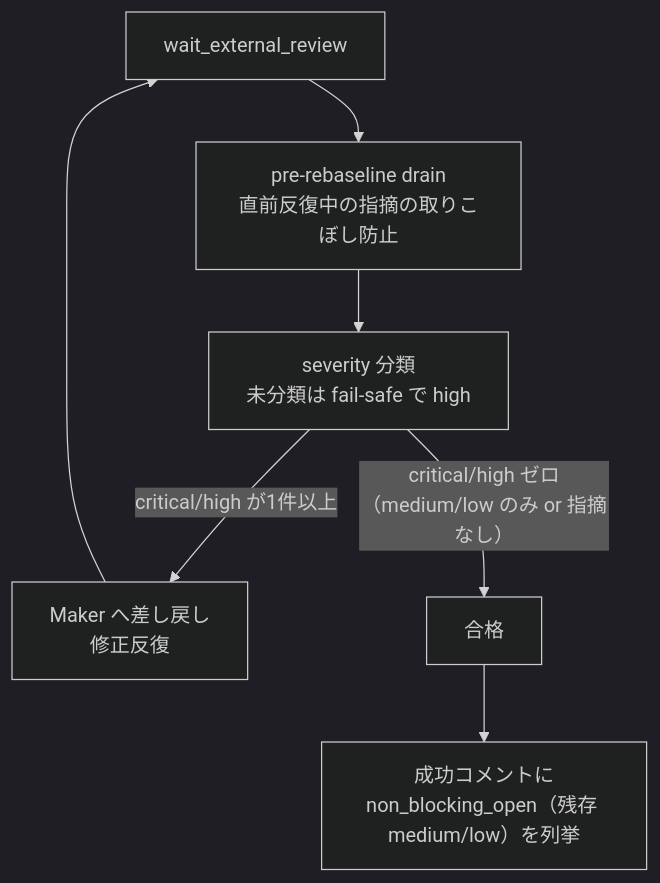
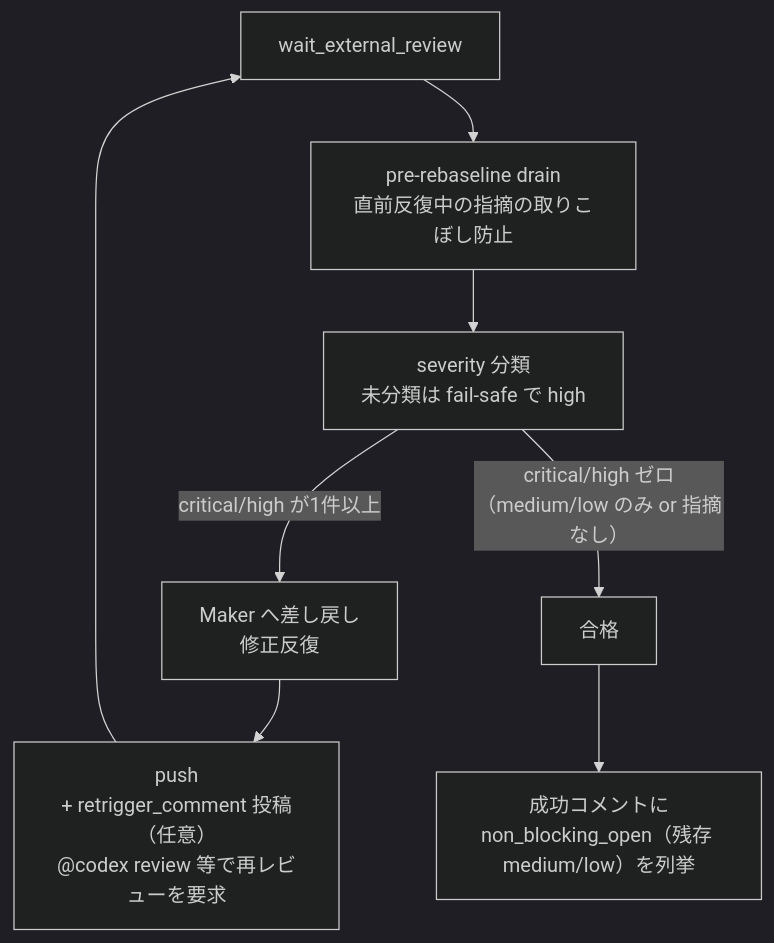
One commit to yoshihiko555/ai-orchestra changed the fourth of 5 diagrams in docs/guides/loop-harness.md. Above: the diagram before and after it, drawn with Mermaid (dark theme). The commit also changed other lines of this file and 9 other files, not shown here.

First line of the commit message:
feat(loop-harness): 修正 push 後に外部レビュアーへ再レビュー要求コメントを自動投稿する（pr_review.retrigger_comment） (#418)

````diff
--- a/docs/guides/loop-harness.md
+++ b/docs/guides/loop-harness.md
@@ -141,9 +141,10 @@
 ```mermaid
 flowchart TD
     A[wait_external_review] --> B["pre-rebaseline drain<br/>直前反復中の指摘の取りこぼし防止"]
     B --> C["severity 分類<br/>未分類は fail-safe で high"]
     C -->|critical/high が1件以上| D["Maker へ差し戻し<br/>修正反復"]
-    D --> A
+    D --> G["push<br/>+ retrigger_comment 投稿（任意）<br/>@codex review 等で再レビューを要求"]
+    G --> A
     C -->|"critical/high ゼロ（medium/low のみ or 指摘なし）"| E[合格]
     E --> F["成功コメントに<br/>non_blocking_open（残存 medium/low）を列挙"]
 ```
````
